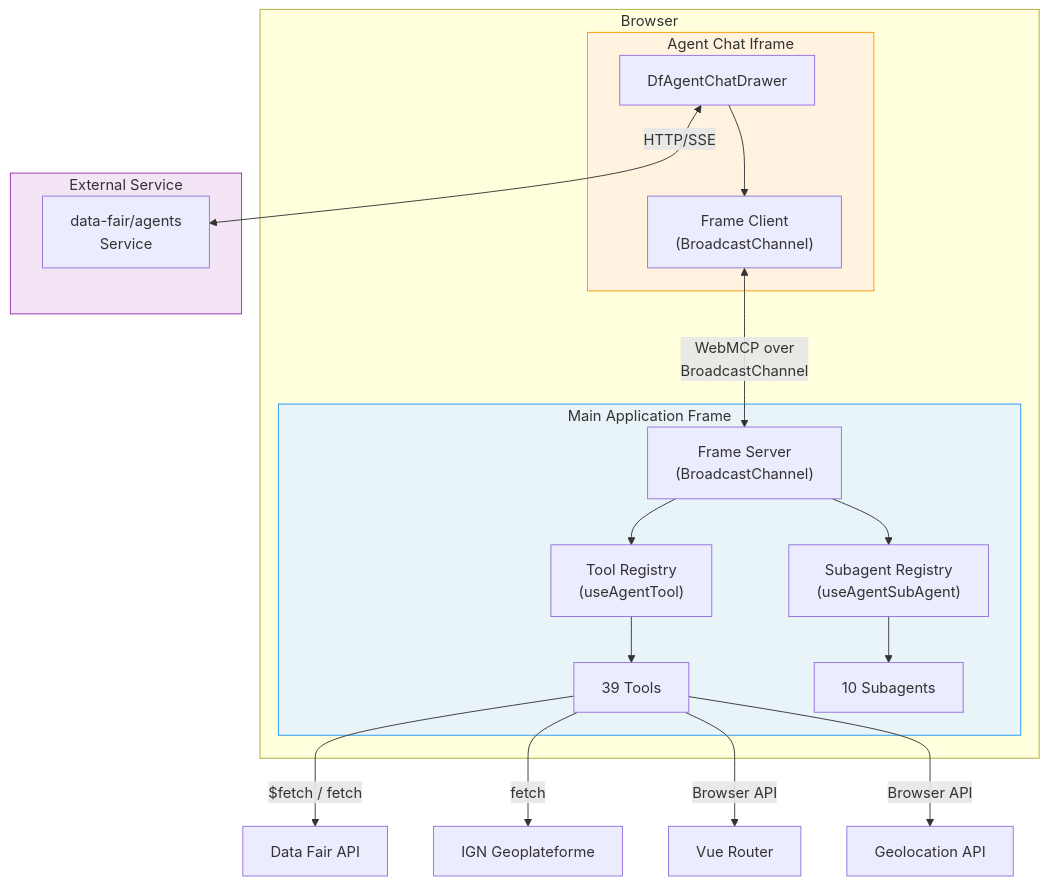
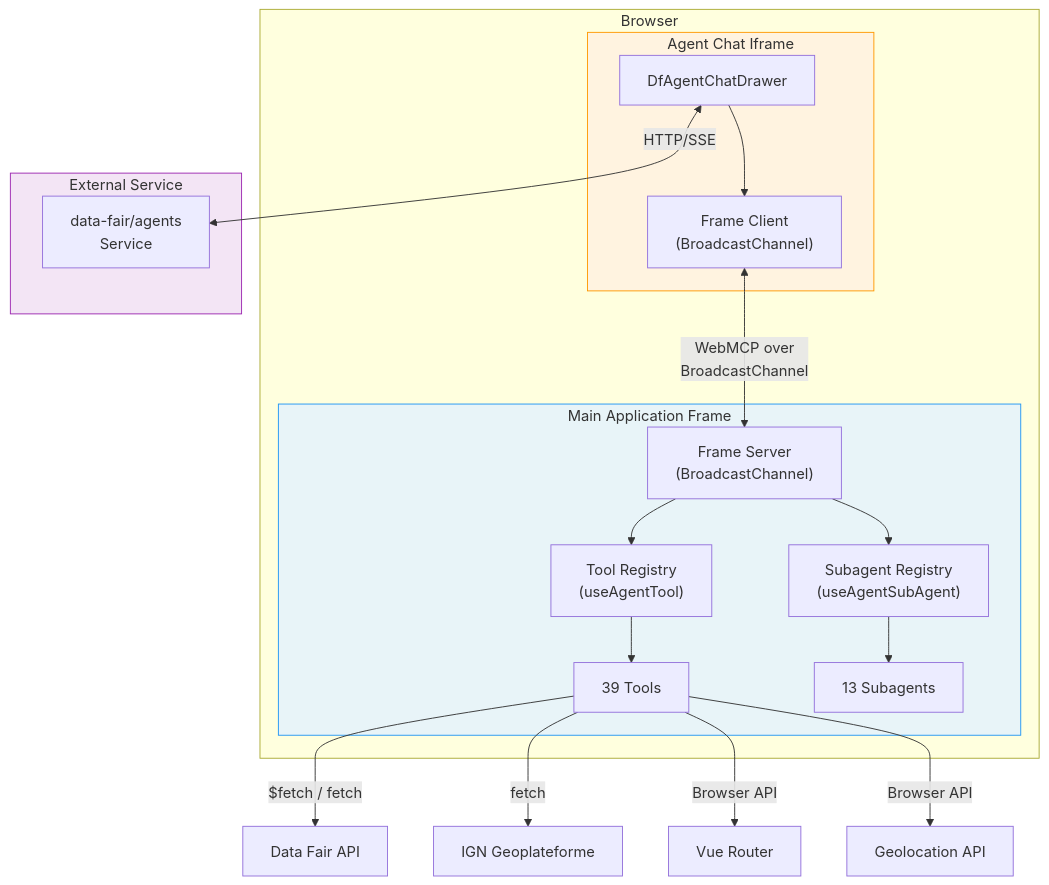
One commit to data-fair/data-fair changed the first of 3 diagrams in docs/architecture/agent-integration.md. Above: the diagram before and after it, drawn with Mermaid. The commit also changed other lines of this file and 3 other files, not shown here.

````diff
--- a/docs/architecture/agent-integration.md
+++ b/docs/architecture/agent-integration.md
@@ -31,34 +31,34 @@
 ```mermaid
 graph TB
     subgraph Browser
         subgraph MainFrame["Main Application Frame"]
             FS["Frame Server<br/>(BroadcastChannel)"]
             TR["Tool Registry<br/>(useAgentTool)"]
             SR["Subagent Registry<br/>(useAgentSubAgent)"]
             Tools["39 Tools"]
-            SubAgents["10 Subagents"]
+            SubAgents["13 Subagents"]
             TR --> Tools
             SR --> SubAgents
             FS --> TR
             FS --> SR
         end
         subgraph ChatIframe["Agent Chat Iframe"]
             CD["DfAgentChatDrawer"]
             FC["Frame Client<br/>(BroadcastChannel)"]
             CD --> FC
         end
         FC <-->|"WebMCP over<br/>BroadcastChannel"| FS
     end
     subgraph External["External Service"]
         AS["data-fair/agents<br/>Service"]
     end
     CD <-->|"HTTP/SSE"| AS
     Tools -->|"$fetch / fetch"| API["Data Fair API"]
     Tools -->|"fetch"| GEO["IGN Geoplateforme"]
     Tools -->|"Browser API"| NAV["Vue Router"]
     Tools -->|"Browser API"| GEOLOC["Geolocation API"]
 
     style MainFrame fill:#e8f4f8,stroke:#2196F3
     style ChatIframe fill:#fff3e0,stroke:#FF9800
     style External fill:#f3e5f5,stroke:#9C27B0
 ```
````
